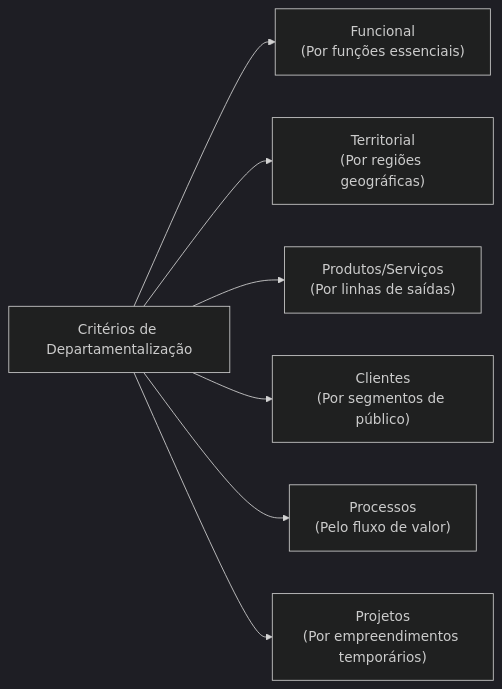
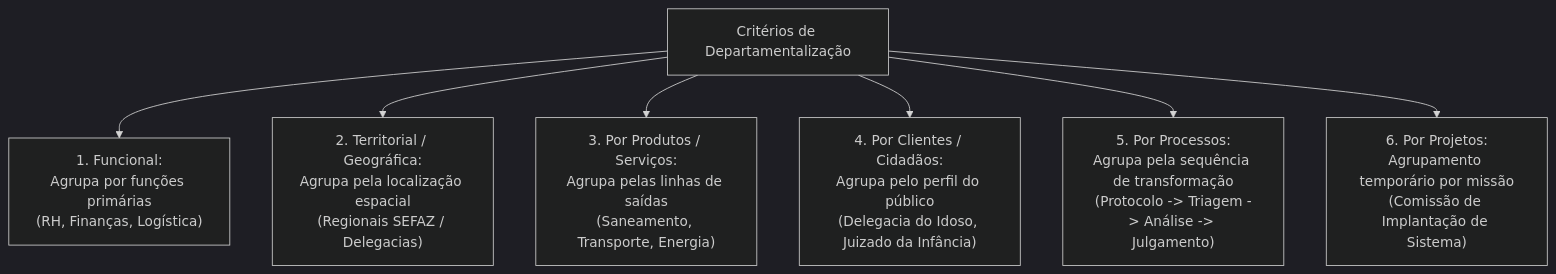
Before and after one commit to thiagosantos346/TCE-GO-2027: the third of 5 diagrams in fontes_de_estudo/conhecimentos_especificos_a01_tecnico_administrativo/21_nocoes_de_administracao_publica/01_organizacoes_formais_estruturas_e_processo_organizacional.md, drawn with Mermaid (dark theme). The commit also changed other lines of this file and 119 other files, not shown here.

````diff
--- a/fontes_de_estudo/conhecimentos_especificos_a01_tecnico_administrativo/21_nocoes_de_administracao_publica/01_organizacoes_formais_estruturas_e_processo_organizacional.md
+++ b/fontes_de_estudo/conhecimentos_especificos_a01_tecnico_administrativo/21_nocoes_de_administracao_publica/01_organizacoes_formais_estruturas_e_processo_organizacional.md
@@ -138,11 +160,11 @@
 ```mermaid
-flowchart LR
+flowchart TD
     Dept["Critérios de Departamentalização"]
     
-    Dept --> DFunc["Funcional<br/>(Por funções essenciais)"]
-    Dept --> DGeo["Territorial<br/>(Por regiões geográficas)"]
-    Dept --> DProd["Produtos/Serviços<br/>(Por linhas de saídas)"]
-    Dept --> DClient["Clientes<br/>(Por segmentos de público)"]
-    Dept --> DProc["Processos<br/>(Pelo fluxo de valor)"]
-    Dept --> DProj["Projetos<br/>(Por empreendimentos temporários)"]
+    Dept --> DFunc["1. Funcional:<br/>Agrupa por funções primárias<br/>(RH, Finanças, Logística)"]
+    Dept --> DGeo["2. Territorial / Geográfica:<br/>Agrupa pela localização espacial<br/>(Regionais SEFAZ / Delegacias)"]
+    Dept --> DProd["3. Por Produtos / Serviços:<br/>Agrupa pelas linhas de saídas<br/>(Saneamento, Transporte, Energia)"]
+    Dept --> DClient["4. Por Clientes / Cidadãos:<br/>Agrupa pelo perfil do público<br/>(Delegacia do Idoso, Juizado da Infância)"]
+    Dept --> DProc["5. Por Processos:<br/>Agrupa pela sequência de transformação<br/>(Protocolo -> Triagem -> Análise -> Julgamento)"]
+    Dept --> DProj["6. Por Projetos:<br/>Agrupamento temporário por missão<br/>(Comissão de Implantação de Sistema)"]
 ```
````
